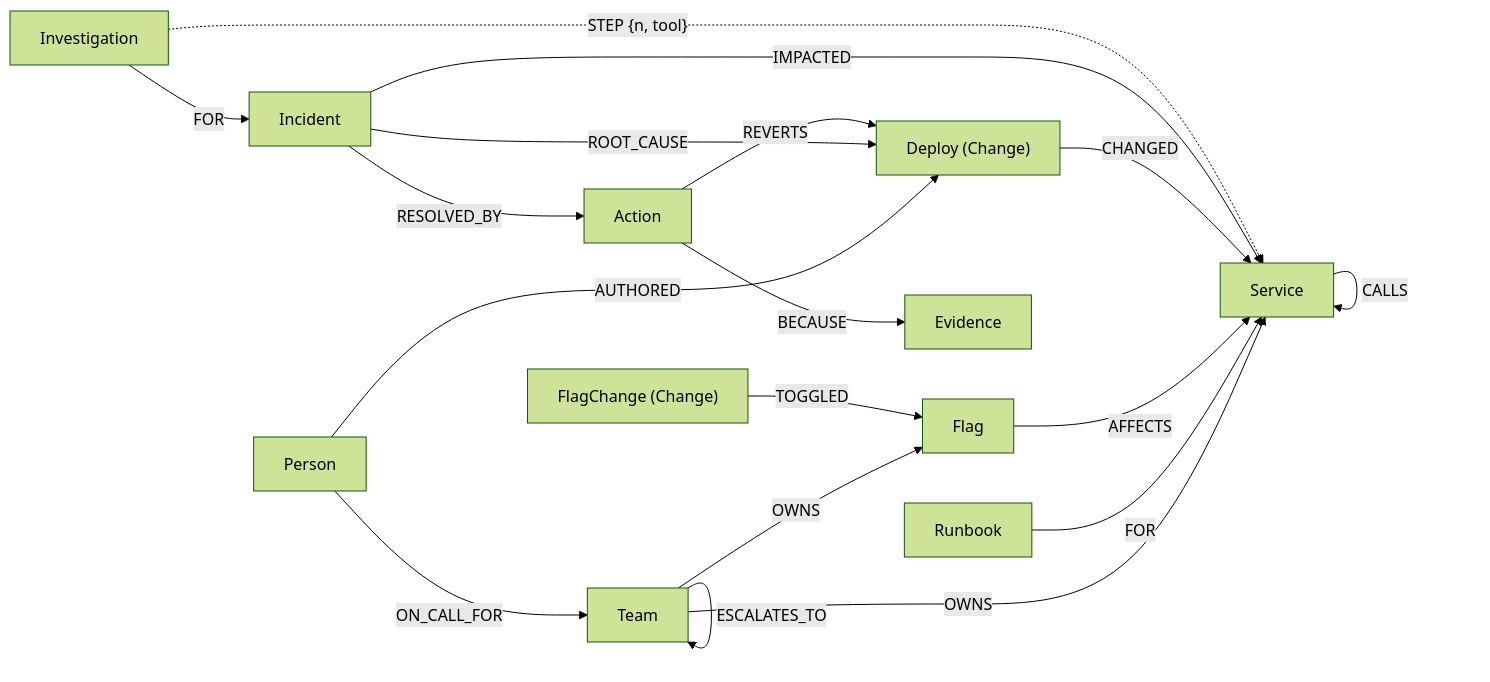
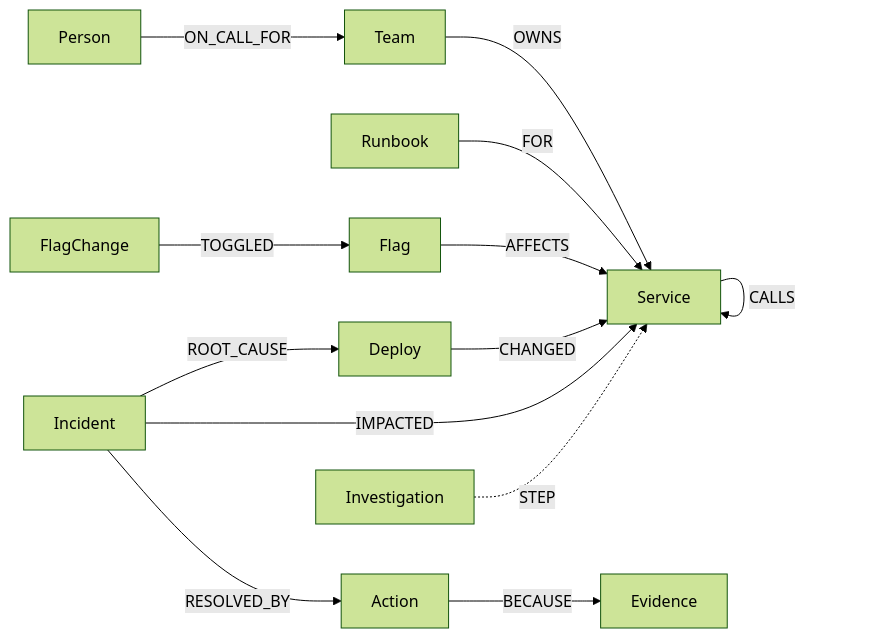
Before and after one commit to IWhitebird/rootpath: the first of 2 diagrams in README.md, drawn with Mermaid (forest theme). The commit also changed other lines of this file and 20 other files, not shown here.

````diff
--- a/README.md
+++ b/README.md
@@ -36,20 +40,15 @@
 ```mermaid
 flowchart LR
   Team -- OWNS --> Service
   Service -- CALLS --> Service
   Person -- ON_CALL_FOR --> Team
-  Team -- ESCALATES_TO --> Team
   Runbook -- FOR --> Service
-  Team -- OWNS --> Flag
   Flag -- AFFECTS --> Service
-  Deploy["Deploy (Change)"] -- CHANGED --> Service
-  FlagChange["FlagChange (Change)"] -- TOGGLED --> Flag
-  Person -- AUTHORED --> Deploy
+  Deploy -- CHANGED --> Service
+  FlagChange -- TOGGLED --> Flag
   Incident -- IMPACTED --> Service
   Incident -- ROOT_CAUSE --> Deploy
   Incident -- RESOLVED_BY --> Action
   Action -- BECAUSE --> Evidence
-  Action -- REVERTS --> Deploy
-  Investigation -- FOR --> Incident
-  Investigation -. "STEP {n, tool}" .-> Service
+  Investigation -. STEP .-> Service
 ```
````
